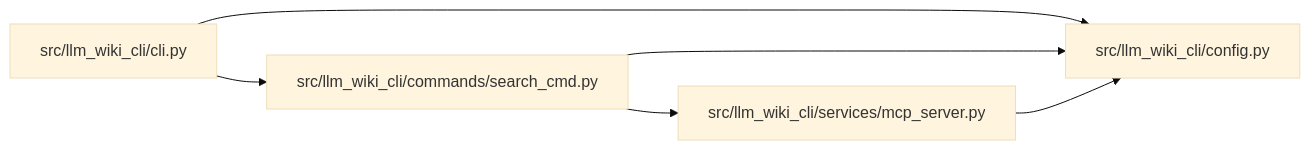
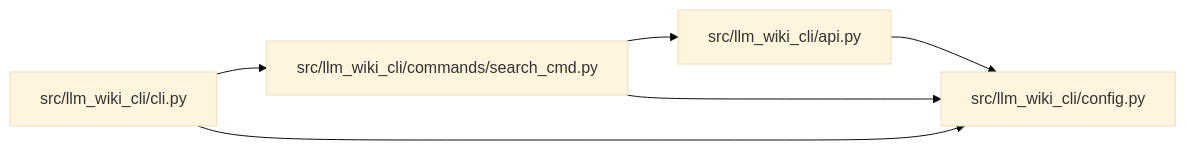
The diagram in docs/llm_wiki/modules/search_cmd.md (Denissvgn/python-wiki-llm), drawn with Mermaid (base theme) before and after one commit. The commit also changed other lines of this file and 865 other files, not shown here.

````diff
--- a/docs/llm_wiki/modules/search_cmd.md
+++ b/docs/llm_wiki/modules/search_cmd.md
@@ -20,16 +20,16 @@
 ```mermaid
 flowchart LR
-    n0["src/llm_wiki_cli/cli.py"]
-    n1["src/llm_wiki_cli/commands/search_cmd.py"]
-    n2["src/llm_wiki_cli/config.py"]
-    n3["src/llm_wiki_cli/services/mcp_server.py"]
-    n0 --> n1
-    n0 --> n2
+    n0["src/llm_wiki_cli/api.py"]
+    n1["src/llm_wiki_cli/cli.py"]
+    n2["src/llm_wiki_cli/commands/search_cmd.py"]
+    n3["src/llm_wiki_cli/config.py"]
+    n0 --> n3
     n1 --> n2
     n1 --> n3
-    n3 --> n2
-    click n0 "../modules/cli.md"
-    click n1 "../modules/search_cmd.md"
-    click n2 "../modules/config.md"
-    click n3 "../modules/mcp_server.md"
+    n2 --> n0
+    n2 --> n3
+    click n0 "../modules/api.md"
+    click n1 "../modules/cli.md"
+    click n2 "../modules/search_cmd.md"
+    click n3 "../modules/config.md"
 ```
````
